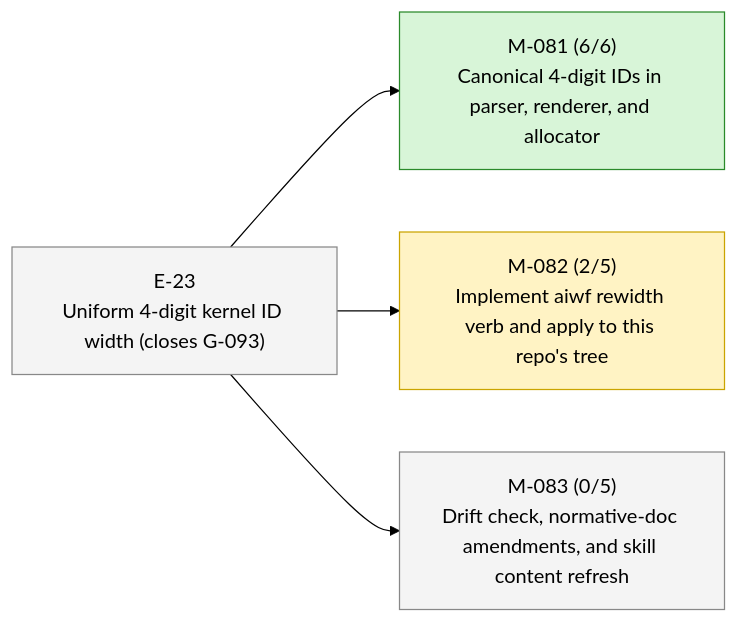
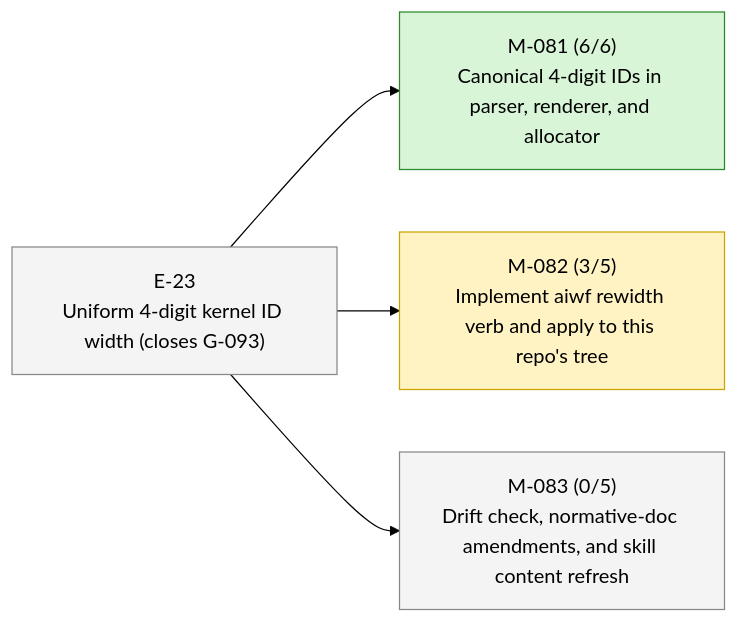
One commit to 23min/aiwf changed the second of 2 diagrams in STATUS.md. Above: the diagram before and after it, drawn with Mermaid (forest theme). The commit also changed other lines of this file and 1 other file, not shown here.

First line of the commit message:
aiwf promote M-0082/AC-3 open -> met

````diff
--- a/STATUS.md
+++ b/STATUS.md
@@ -47,16 +47,16 @@
 ```mermaid
 flowchart LR
   E_23["E-23<br/>Uniform 4-digit kernel ID width (closes G-093)"]:::epic_proposed
   M_081["M-081 (6/6)<br/>Canonical 4-digit IDs in parser, renderer, and allocator"]:::ms_done
   E_23 --> M_081
-  M_082["M-082 (2/5)<br/>Implement aiwf rewidth verb and apply to this repo's tree"]:::ms_in_progress
+  M_082["M-082 (3/5)<br/>Implement aiwf rewidth verb and apply to this repo's tree"]:::ms_in_progress
   E_23 --> M_082
   M_083["M-083 (0/5)<br/>Drift check, normative-doc amendments, and skill content refresh"]:::ms_draft
   E_23 --> M_083
   classDef epic_active fill:#d6eaff,stroke:#1a73e8,color:#000
   classDef epic_proposed fill:#f4f4f4,stroke:#888,color:#000
   classDef ms_done fill:#d8f5d8,stroke:#2a8a2a,color:#000
   classDef ms_in_progress fill:#fff3c4,stroke:#caa400,color:#000
   classDef ms_draft fill:#f4f4f4,stroke:#888,color:#000
   classDef ms_cancelled fill:#fbeaea,stroke:#c33,color:#000
 ```
````
